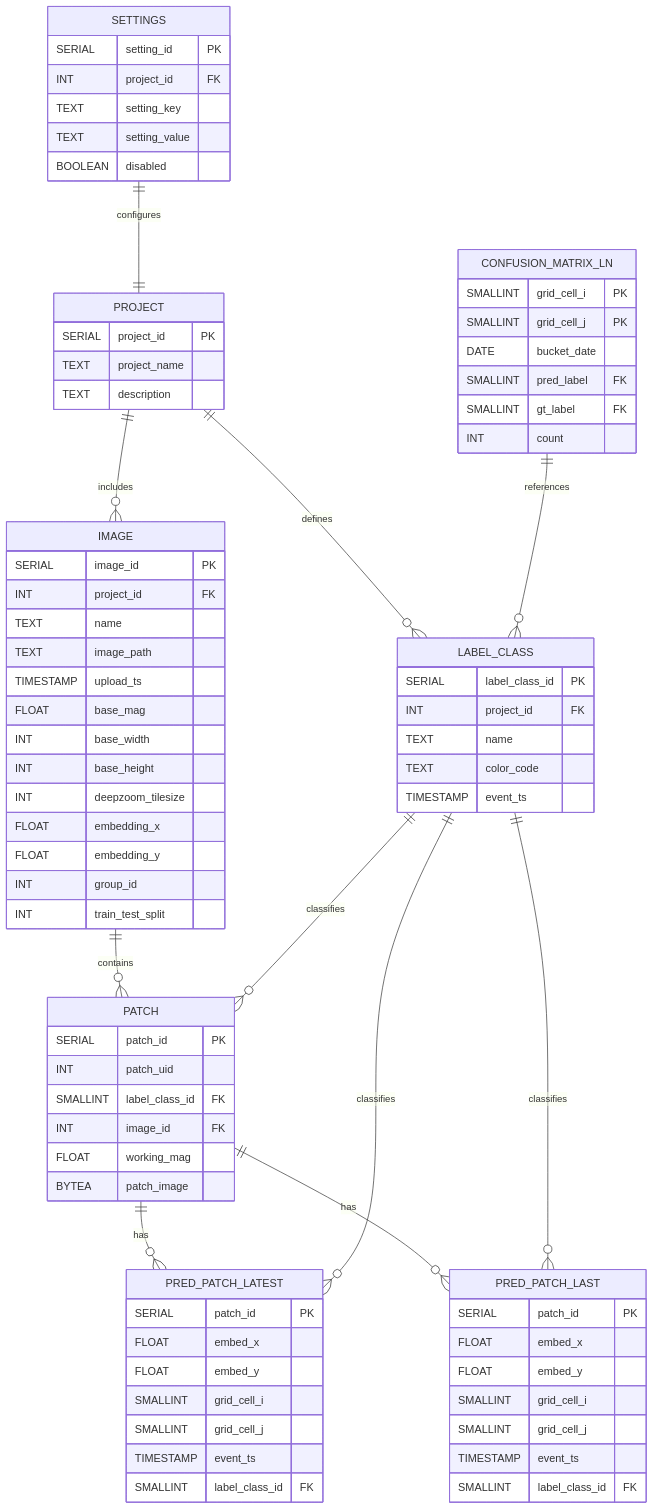
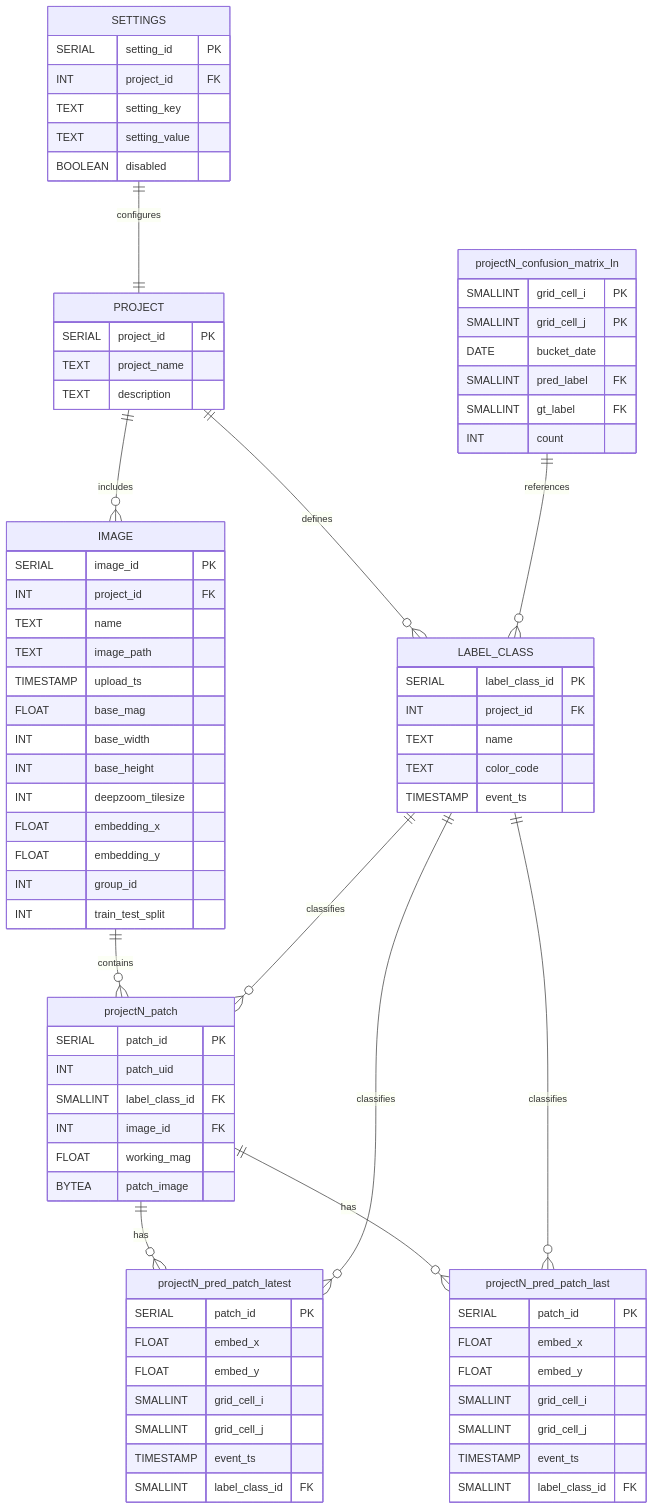
Before and after one commit to choosehappy/PatchSorter: the diagram in docs/source/design_material_draft2/db_technical_design.md, drawn with Mermaid. The commit also changed other lines of this file, not shown here.

Commit message:
seperate patch tables by project id

````diff
--- a/docs/source/design_material_draft2/db_technical_design.md
+++ b/docs/source/design_material_draft2/db_technical_design.md
@@ -127,82 +135,82 @@
 ```{mermaid}
 erDiagram
     SETTINGS {
         SERIAL setting_id PK
         INT project_id FK
         TEXT setting_key
         TEXT setting_value
         BOOLEAN disabled
     }
     PROJECT {
         SERIAL project_id PK
         TEXT project_name
         TEXT description
     }
     IMAGE {
         SERIAL image_id PK
         INT project_id FK
         TEXT name
         TEXT image_path
         TIMESTAMP upload_ts
         FLOAT base_mag
         INT base_width
         INT base_height
         INT deepzoom_tilesize
         FLOAT embedding_x
         FLOAT embedding_y
         INT group_id
         INT train_test_split
     }
     LABEL_CLASS {
         SERIAL label_class_id PK
         INT project_id FK
         TEXT name
         TEXT color_code
         TIMESTAMP event_ts
     }
-    PATCH {
+    projectN_patch {
         SERIAL patch_id PK
         INT patch_uid
         SMALLINT label_class_id FK
         INT image_id FK
         FLOAT working_mag
         BYTEA patch_image
     }
-    PRED_PATCH_LATEST {
+    projectN_pred_patch_latest {
         SERIAL patch_id PK
         FLOAT embed_x
         FLOAT embed_y
         SMALLINT grid_cell_i
         SMALLINT grid_cell_j
         TIMESTAMP event_ts
         SMALLINT label_class_id FK
     }
-    PRED_PATCH_LAST {
+    projectN_pred_patch_last {
         SERIAL patch_id PK
         FLOAT embed_x
         FLOAT embed_y
         SMALLINT grid_cell_i
         SMALLINT grid_cell_j
         TIMESTAMP event_ts
         SMALLINT label_class_id FK
     }
-    CONFUSION_MATRIX_LN {
+    projectN_confusion_matrix_ln {
         SMALLINT grid_cell_i PK
         SMALLINT grid_cell_j PK
         DATE bucket_date
         SMALLINT pred_label FK
         SMALLINT gt_label FK
         INT count
     }
 
     SETTINGS ||--|| PROJECT : "configures"
     PROJECT ||--o{ IMAGE : "includes"
     PROJECT ||--o{ LABEL_CLASS : "defines"
-    IMAGE ||--o{ PATCH : "contains"
-    PATCH ||--o{ PRED_PATCH_LATEST : "has"
-    PATCH ||--o{ PRED_PATCH_LAST : "has"
-    LABEL_CLASS ||--o{ PATCH : "classifies"
-    LABEL_CLASS ||--o{ PRED_PATCH_LATEST : "classifies"
-    LABEL_CLASS ||--o{ PRED_PATCH_LAST : "classifies"
-    CONFUSION_MATRIX_LN ||--o{ LABEL_CLASS : "references"
+    IMAGE ||--o{ projectN_patch : "contains"
+    projectN_patch ||--o{ projectN_pred_patch_latest : "has"
+    projectN_patch ||--o{ projectN_pred_patch_last : "has"
+    LABEL_CLASS ||--o{ projectN_patch : "classifies"
+    LABEL_CLASS ||--o{ projectN_pred_patch_latest : "classifies"
+    LABEL_CLASS ||--o{ projectN_pred_patch_last : "classifies"
+    projectN_confusion_matrix_ln ||--o{ LABEL_CLASS : "references"
 ```
````
